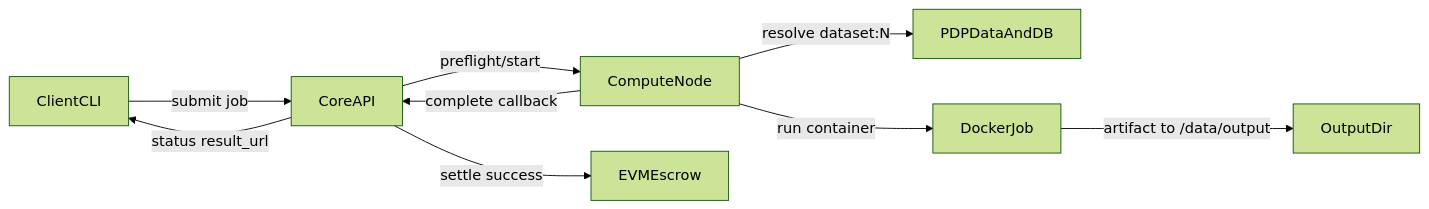
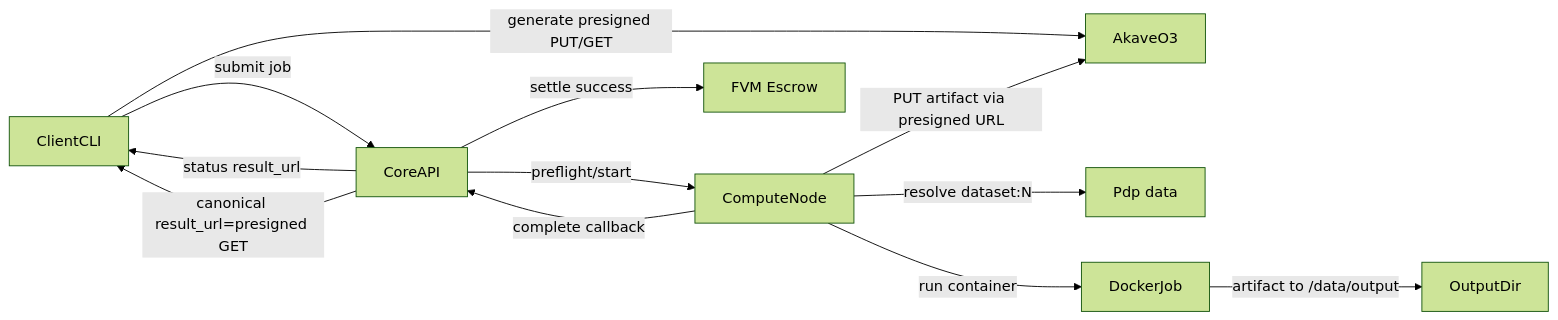
Before and after one commit to Abhay-2811/fil-compute: the diagram in docs/02-architecture.md, drawn with Mermaid (forest theme). The commit also changed other lines of this file and 2 other files, not shown here.

````diff
--- a/docs/02-architecture.md
+++ b/docs/02-architecture.md
@@ -3,11 +3,14 @@
 ```mermaid
 flowchart LR
   clientCli[ClientCLI] -->|submit job| coreApi[CoreAPI]
+  clientCli -->|generate presigned PUT/GET| akave[AkaveO3]
   coreApi -->|preflight/start| computeNode[ComputeNode]
-  computeNode -->|resolve dataset:N| pdpData[PDPDataAndDB]
+  computeNode -->|resolve dataset:N| pdpData[Pdp data]
   computeNode -->|run container| dockerJob[DockerJob]
   dockerJob -->|artifact to /data/output| outputDir[OutputDir]
+  computeNode -->|PUT artifact via presigned URL| akave
   computeNode -->|complete callback| coreApi
   coreApi -->|status result_url| clientCli
-  coreApi -->|settle success| escrow[EVMEscrow]
+  coreApi -->|canonical result_url=presigned GET| clientCli
+  coreApi -->|settle success| escrow[FVM Escrow]
 ```
````
